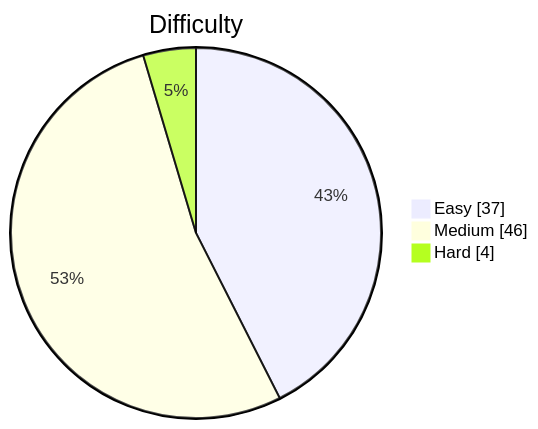
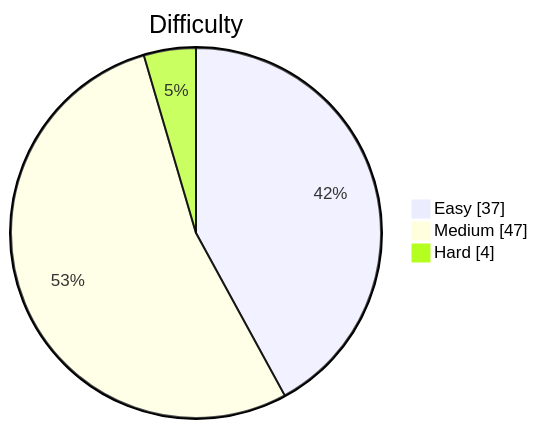
One commit to kevstevie/python-algo-practice changed the diagram in README.md. Above: the diagram before and after it, drawn with Mermaid. The commit also changed other lines of this file, not shown here.

Commit message:
docs: update README stats (88 problems)

````diff
--- a/README.md
+++ b/README.md
@@ -13,7 +13,7 @@
 ```mermaid
 pie showData
     title Difficulty
     "Easy"   : 37
-    "Medium" : 46
+    "Medium" : 47
     "Hard"   : 4
 ```
````
